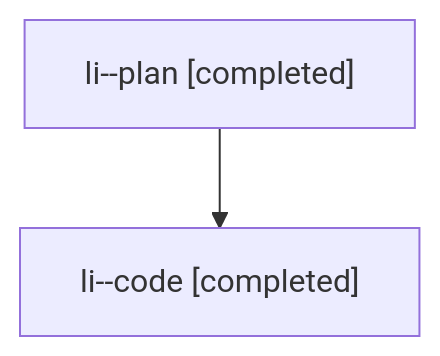
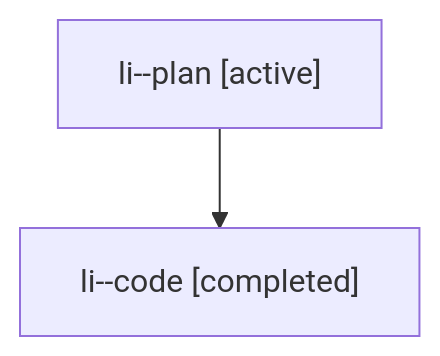
One commit to sase-org/sase--agents changed the diagram in families/bbugyi200.athena.li.md. Above: the diagram before and after it, drawn with Mermaid. The commit also changed other lines of this file and 8679 other files, not shown here.

````diff
--- a/families/bbugyi200.athena.li.md
+++ b/families/bbugyi200.athena.li.md
@@ -9,6 +9,6 @@
 ```mermaid
 flowchart TD
-  n0["li--plan [completed]"]
+  n0["li--plan [active]"]
   n1["li--code [completed]"]
   n0 --> n1
 ```
````
